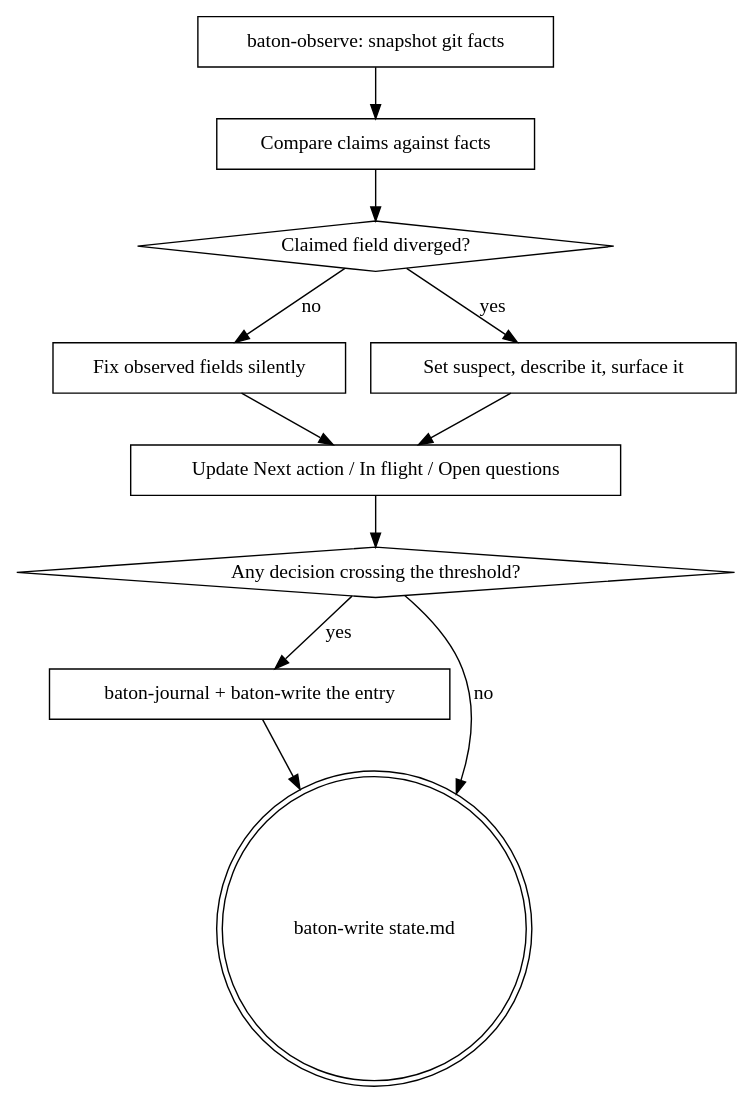
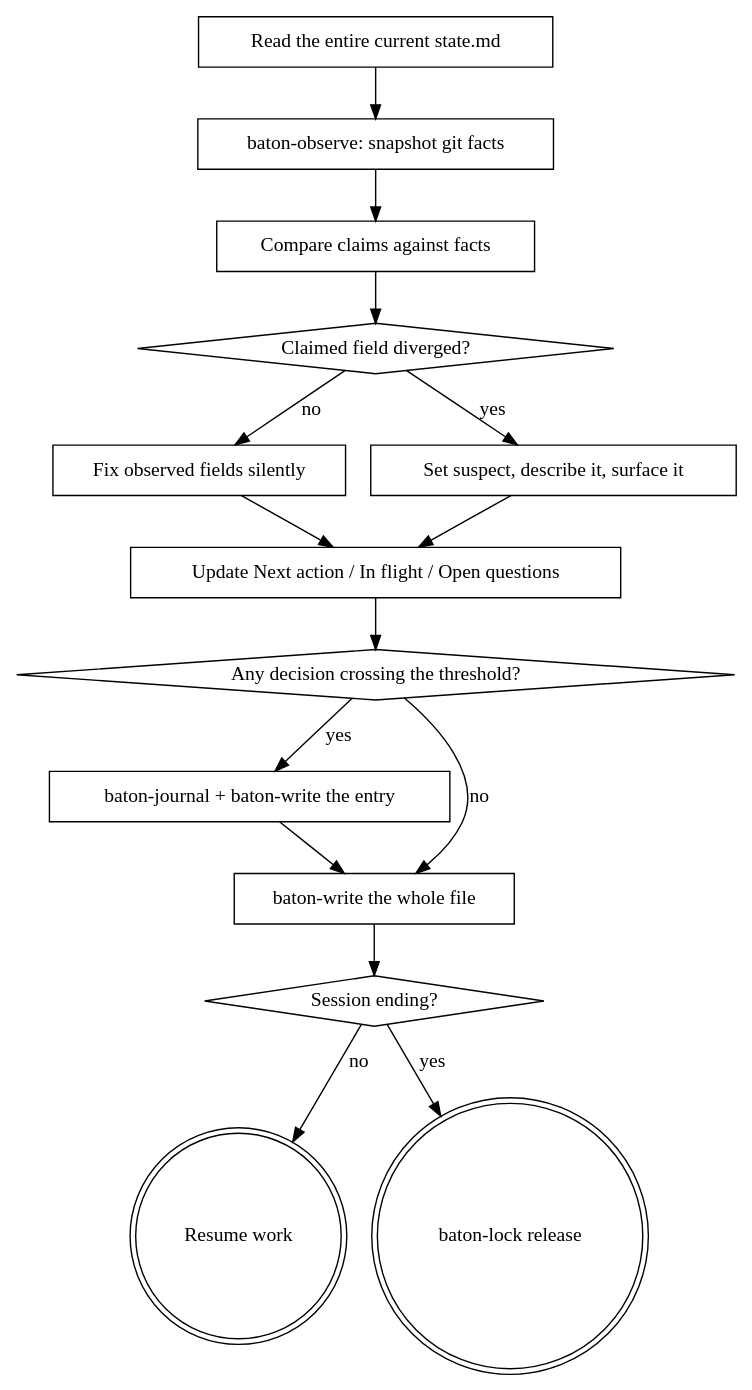
The diagram in plugins/baton/skills/baton-checkpoint/SKILL.md (the-practice-company/bench), drawn with Graphviz before and after one commit. The commit also changed other lines of this file and 3 other files, not shown here.

````diff
--- a/plugins/baton/skills/baton-checkpoint/SKILL.md
+++ b/plugins/baton/skills/baton-checkpoint/SKILL.md
@@ -23,24 +23,32 @@
 ```dot
 digraph checkpoint {
+    "Read the entire current state.md" [shape=box];
     "baton-observe: snapshot git facts" [shape=box];
     "Compare claims against facts" [shape=box];
     "Claimed field diverged?" [shape=diamond];
     "Fix observed fields silently" [shape=box];
     "Set suspect, describe it, surface it" [shape=box];
     "Update Next action / In flight / Open questions" [shape=box];
     "Any decision crossing the threshold?" [shape=diamond];
     "baton-journal + baton-write the entry" [shape=box];
-    "baton-write state.md" [shape=doublecircle];
+    "baton-write the whole file" [shape=box];
+    "Session ending?" [shape=diamond];
+    "Resume work" [shape=doublecircle];
+    "baton-lock release" [shape=doublecircle];
 
+    "Read the entire current state.md" -> "baton-observe: snapshot git facts";
     "baton-observe: snapshot git facts" -> "Compare claims against facts";
     "Compare claims against facts" -> "Claimed field diverged?";
     "Claimed field diverged?" -> "Set suspect, describe it, surface it" [label="yes"];
     "Claimed field diverged?" -> "Fix observed fields silently" [label="no"];
     "Set suspect, describe it, surface it" -> "Update Next action / In flight / Open questions";
     "Fix observed fields silently" -> "Update Next action / In flight / Open questions";
     "Update Next action / In flight / Open questions" -> "Any decision crossing the threshold?";
     "Any decision crossing the threshold?" -> "baton-journal + baton-write the entry" [label="yes"];
-    "Any decision crossing the threshold?" -> "baton-write state.md" [label="no"];
-    "baton-journal + baton-write the entry" -> "baton-write state.md";
+    "Any decision crossing the threshold?" -> "baton-write the whole file" [label="no"];
+    "baton-journal + baton-write the entry" -> "baton-write the whole file";
+    "baton-write the whole file" -> "Session ending?";
+    "Session ending?" -> "baton-lock release" [label="yes"];
+    "Session ending?" -> "Resume work" [label="no"];
 }
 ```
````
